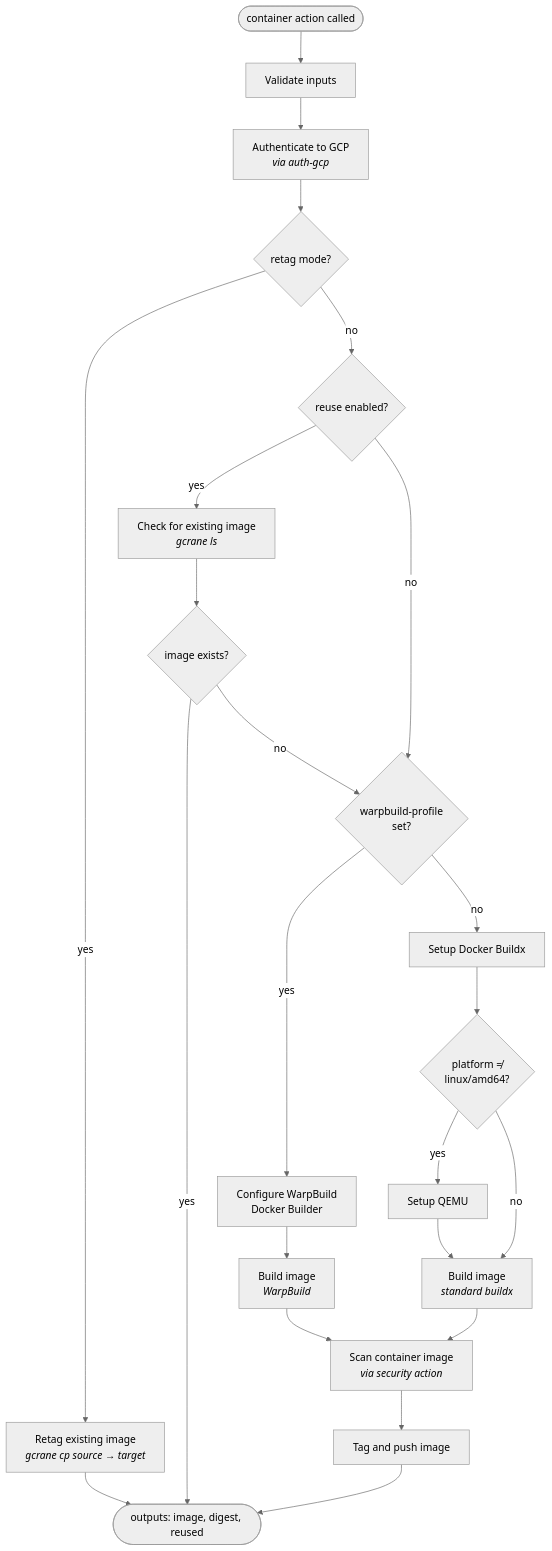
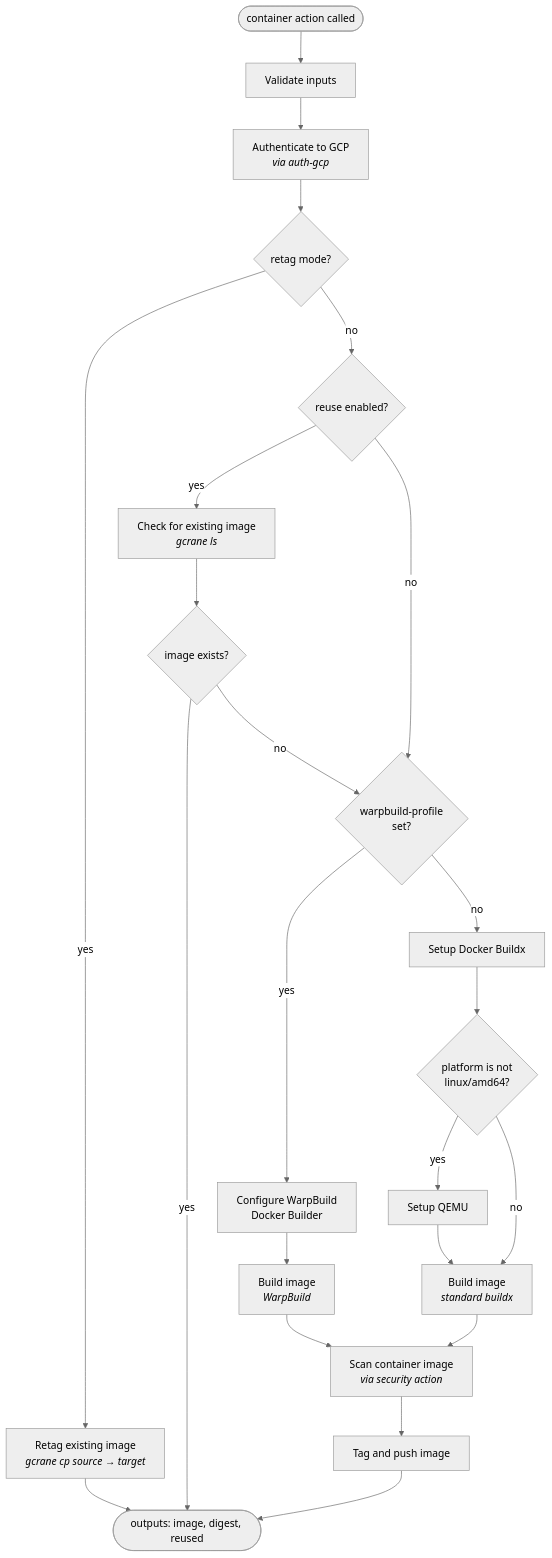
One commit to credova/platform-workflows changed the sixth of 8 diagrams in docs/usage.md. Above: the diagram before and after it, drawn with Mermaid (neutral theme).

````diff
--- a/docs/usage.md
+++ b/docs/usage.md
@@ -736,45 +736,45 @@
 ```mermaid
 flowchart TD
     IN(["container action called"])
 
     VAL["Validate inputs"]
     GCP["Authenticate to GCP\n<i>via auth-gcp</i>"]
 
     RETAG_CHECK{"retag mode?"}
     RETAG["Retag existing image\n<i>gcrane cp source → target</i>"]
 
     REUSE_CHECK{"reuse enabled?"}
     REUSE["Check for existing image\n<i>gcrane ls</i>"]
     EXISTS{"image exists?"}
 
     WARP_CHECK{"warpbuild-profile\nset?"}
     WARP_SETUP["Configure WarpBuild\nDocker Builder"]
     WARP_BUILD["Build image\n<i>WarpBuild</i>"]
 
     BUILDX["Setup Docker Buildx"]
-    QEMU{"platform ≠\nlinux/amd64?"}
+    QEMU{"platform is not\nlinux/amd64?"}
     QEMU_SETUP["Setup QEMU"]
     STD_BUILD["Build image\n<i>standard buildx</i>"]
 
     SCAN["Scan container image\n<i>via security action</i>"]
     PUSH["Tag and push image"]
 
     OUT(["outputs: image, digest, reused"])
 
     IN --> VAL --> GCP --> RETAG_CHECK
 
     RETAG_CHECK -->|yes| RETAG --> OUT
     RETAG_CHECK -->|no| REUSE_CHECK
 
     REUSE_CHECK -->|yes| REUSE --> EXISTS
     REUSE_CHECK -->|no| WARP_CHECK
     EXISTS -->|yes| OUT
     EXISTS -->|no| WARP_CHECK
 
     WARP_CHECK -->|yes| WARP_SETUP --> WARP_BUILD --> SCAN
     WARP_CHECK -->|no| BUILDX --> QEMU
     QEMU -->|yes| QEMU_SETUP --> STD_BUILD --> SCAN
     QEMU -->|no| STD_BUILD
 
     SCAN --> PUSH --> OUT
 ```
````
